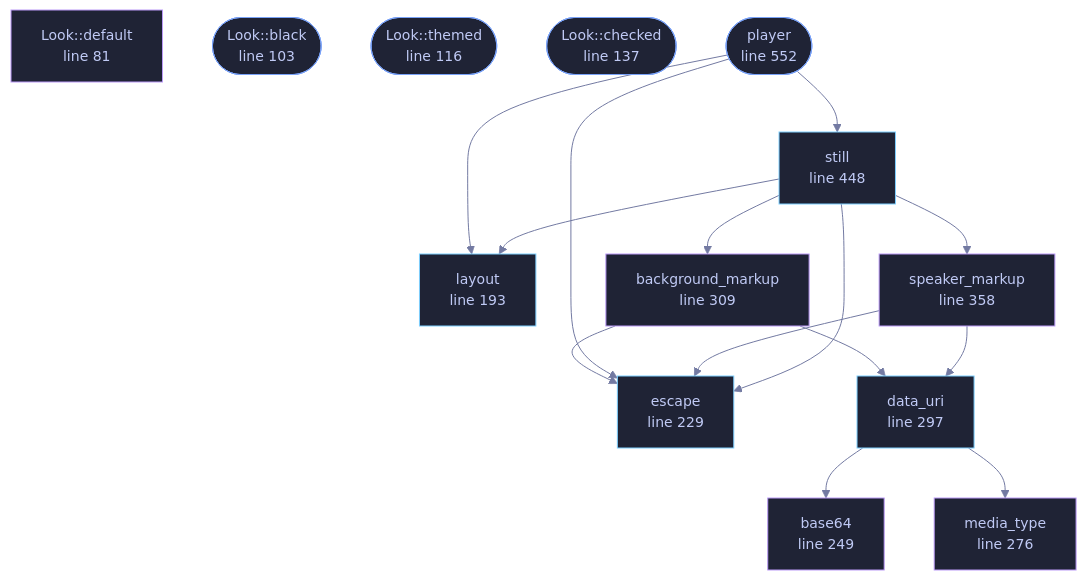
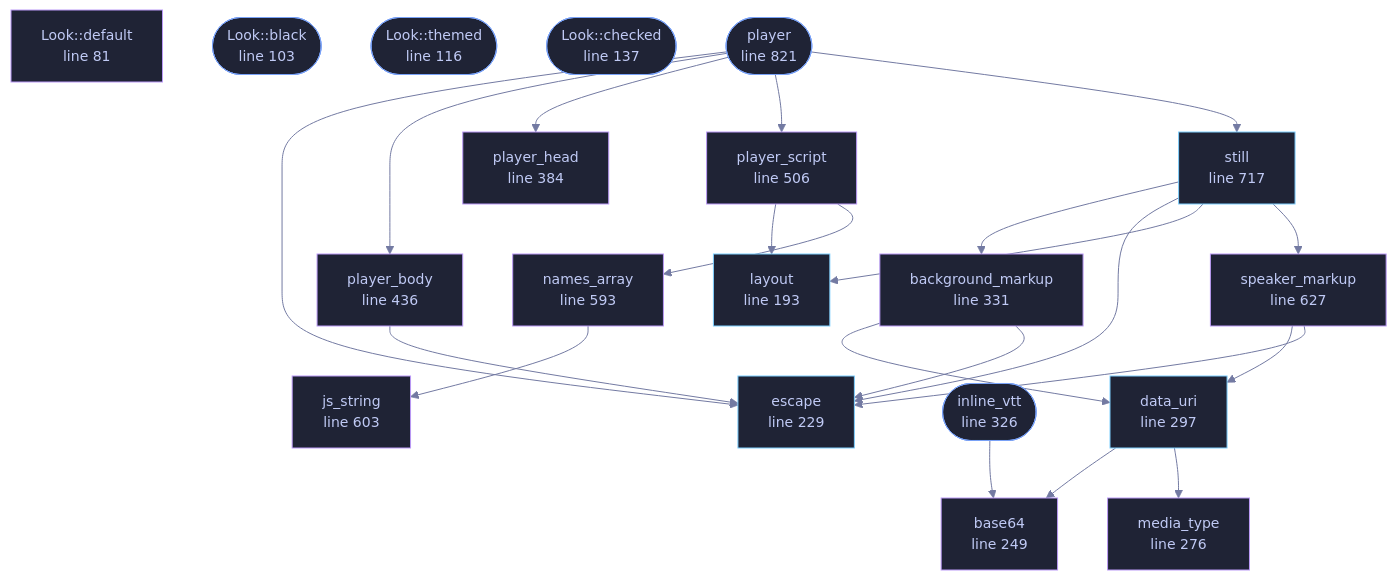
One commit to tilas01/veilvoice changed the diagram in docs/files/veilvoice-video/page.md. Above: the diagram before and after it, drawn with Mermaid. The commit also changed other lines of this file and 32 other files, not shown here.

````diff
--- a/docs/files/veilvoice-video/page.md
+++ b/docs/files/veilvoice-video/page.md
@@ -115,49 +117,68 @@
 ```mermaid
 %%{init: {"theme":"base","themeVariables":{"background":"#1a1b26","primaryColor":"#1f2335","primaryTextColor":"#c0caf5","primaryBorderColor":"#7aa2f7","secondaryColor":"#16161e","tertiaryColor":"#16161e","lineColor":"#737aa2","textColor":"#c0caf5","mainBkg":"#1f2335","nodeBorder":"#7aa2f7","clusterBkg":"#16161e","clusterBorder":"#2f3549","fontFamily":"ui-monospace, SFMono-Regular, Consolas, monospace","fontSize":"14px"}}}%%
 flowchart TD
     n_default["Look::default<br/>line 81"]
     n_black(["Look::black<br/>line 103"])
     n_themed(["Look::themed<br/>line 116"])
     n_checked(["Look::checked<br/>line 137"])
     n_layout["layout<br/>line 193"]
     n_escape["escape<br/>line 229"]
     n_base64["base64<br/>line 249"]
     n_media_type["media_type<br/>line 276"]
     n_data_uri["data_uri<br/>line 297"]
-    n_background_markup["background_markup<br/>line 309"]
-    n_speaker_markup["speaker_markup<br/>line 358"]
-    n_still["still<br/>line 448"]
-    n_player(["player<br/>line 552"])
+    n_inline_vtt(["inline_vtt<br/>line 326"])
+    n_background_markup["background_markup<br/>line 331"]
+    n_player_head["player_head<br/>line 384"]
+    n_player_body["player_body<br/>line 436"]
+    n_player_script["player_script<br/>line 506"]
+    n_names_array["names_array<br/>line 593"]
+    n_js_string["js_string<br/>line 603"]
+    n_speaker_markup["speaker_markup<br/>line 627"]
+    n_still["still<br/>line 717"]
+    n_player(["player<br/>line 821"])
     n_background_markup --> n_data_uri
     n_background_markup --> n_escape
     n_data_uri --> n_base64
     n_data_uri --> n_media_type
+    n_inline_vtt --> n_base64
+    n_names_array --> n_js_string
     n_player --> n_escape
-    n_player --> n_layout
+    n_player --> n_player_body
+    n_player --> n_player_head
+    n_player --> n_player_script
     n_player --> n_still
+    n_player_body --> n_escape
+    n_player_script --> n_layout
+    n_player_script --> n_names_array
     n_speaker_markup --> n_data_uri
     n_speaker_markup --> n_escape
     n_still --> n_background_markup
     n_still --> n_escape
     n_still --> n_layout
     n_still --> n_speaker_markup
     click n_default href "https://github.com/tilas01/veilvoice/blob/main/crates/veilvoice-video/src/page.rs#L81" "open the source"
     click n_black href "https://github.com/tilas01/veilvoice/blob/main/crates/veilvoice-video/src/page.rs#L103" "open the source"
     click n_themed href "https://github.com/tilas01/veilvoice/blob/main/crates/veilvoice-video/src/page.rs#L116" "open the source"
     click n_checked href "https://github.com/tilas01/veilvoice/blob/main/crates/veilvoice-video/src/page.rs#L137" "open the source"
     click n_layout href "https://github.com/tilas01/veilvoice/blob/main/crates/veilvoice-video/src/page.rs#L193" "open the source"
     click n_escape href "https://github.com/tilas01/veilvoice/blob/main/crates/veilvoice-video/src/page.rs#L229" "open the source"
     click n_base64 href "https://github.com/tilas01/veilvoice/blob/main/crates/veilvoice-video/src/page.rs#L249" "open the source"
     click n_media_type href "https://github.com/tilas01/veilvoice/blob/main/crates/veilvoice-video/src/page.rs#L276" "open the source"
     click n_data_uri href "https://github.com/tilas01/veilvoice/blob/main/crates/veilvoice-video/src/page.rs#L297" "open the source"
-    click n_background_markup href "https://github.com/tilas01/veilvoice/blob/main/crates/veilvoice-video/src/page.rs#L309" "open the source"
-    click n_speaker_markup href "https://github.com/tilas01/veilvoice/blob/main/crates/veilvoice-video/src/page.rs#L358" "open the source"
-    click n_still href "https://github.com/tilas01/veilvoice/blob/main/crates/veilvoice-video/src/page.rs#L448" "open the source"
-    click n_player href "https://github.com/tilas01/veilvoice/blob/main/crates/veilvoice-video/src/page.rs#L552" "open the source"
+    click n_inline_vtt href "https://github.com/tilas01/veilvoice/blob/main/crates/veilvoice-video/src/page.rs#L326" "open the source"
+    click n_background_markup href "https://github.com/tilas01/veilvoice/blob/main/crates/veilvoice-video/src/page.rs#L331" "open the source"
+    click n_player_head href "https://github.com/tilas01/veilvoice/blob/main/crates/veilvoice-video/src/page.rs#L384" "open the source"
+    click n_player_body href "https://github.com/tilas01/veilvoice/blob/main/crates/veilvoice-video/src/page.rs#L436" "open the source"
+    click n_player_script href "https://github.com/tilas01/veilvoice/blob/main/crates/veilvoice-video/src/page.rs#L506" "open the source"
+    click n_names_array href "https://github.com/tilas01/veilvoice/blob/main/crates/veilvoice-video/src/page.rs#L593" "open the source"
+    click n_js_string href "https://github.com/tilas01/veilvoice/blob/main/crates/veilvoice-video/src/page.rs#L603" "open the source"
+    click n_speaker_markup href "https://github.com/tilas01/veilvoice/blob/main/crates/veilvoice-video/src/page.rs#L627" "open the source"
+    click n_still href "https://github.com/tilas01/veilvoice/blob/main/crates/veilvoice-video/src/page.rs#L717" "open the source"
+    click n_player href "https://github.com/tilas01/veilvoice/blob/main/crates/veilvoice-video/src/page.rs#L821" "open the source"
     classDef entry fill:#1f2335,stroke:#7aa2f7,color:#c0caf5
-    class n_black,n_themed,n_checked,n_player entry
+    class n_black,n_themed,n_checked,n_inline_vtt,n_player entry
     classDef api fill:#1f2335,stroke:#7dcfff,color:#c0caf5
     class n_layout,n_escape,n_data_uri,n_still api
     classDef helper fill:#1f2335,stroke:#bb9af7,color:#c0caf5
-    class n_default,n_base64,n_media_type,n_background_markup,n_speaker_markup helper
+    class n_default,n_base64,n_media_type,n_background_markup,n_player_head,n_player_body,n_player_script,n_names_array,n_js_string,n_speaker_markup helper
 ```
````
